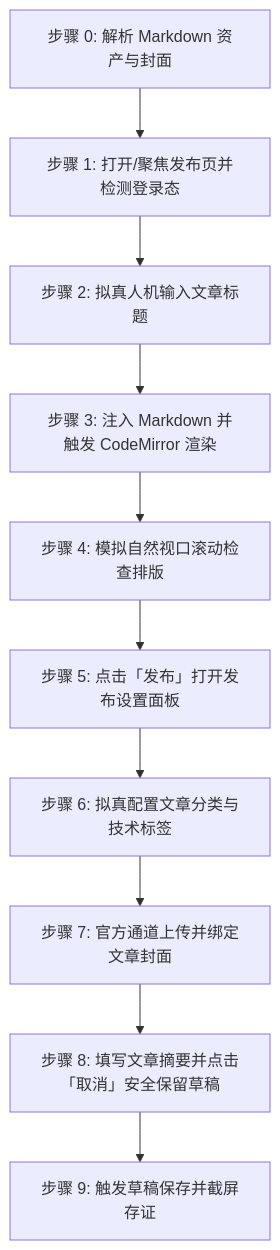
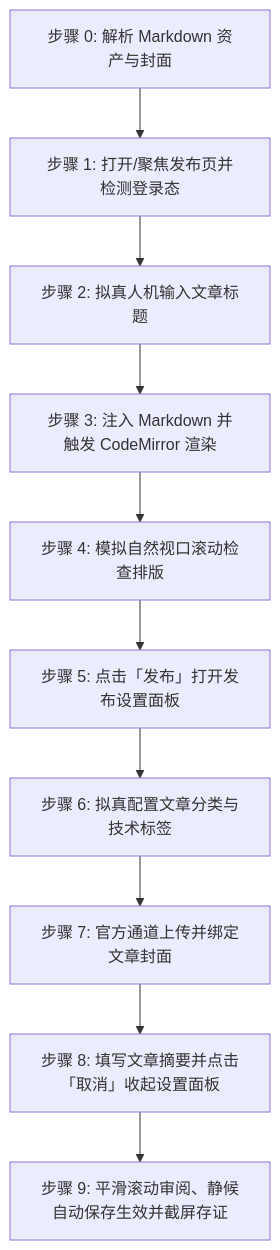
Before and after one commit to undsky/doudou-publish-skills: the diagram in skills/doudou-juejin/SKILL.md, drawn with Mermaid. The commit also changed other lines of this file and 24 other files, not shown here.

````diff
--- a/skills/doudou-juejin/SKILL.md
+++ b/skills/doudou-juejin/SKILL.md
@@ -42,12 +43,12 @@
 ```mermaid
 flowchart TD
     S0[步骤 0: 解析 Markdown 资产与封面] --> S1[步骤 1: 打开/聚焦发布页并检测登录态]
     S1 --> S2[步骤 2: 拟真人机输入文章标题]
     S2 --> S3[步骤 3: 注入 Markdown 并触发 CodeMirror 渲染]
     S3 --> S4[步骤 4: 模拟自然视口滚动检查排版]
     S4 --> S5[步骤 5: 点击「发布」打开发布设置面板]
     S5 --> S6[步骤 6: 拟真配置文章分类与技术标签]
     S6 --> S7[步骤 7: 官方通道上传并绑定文章封面]
-    S7 --> S8[步骤 8: 填写文章摘要并点击「取消」安全保留草稿]
-    S8 --> S9[步骤 9: 触发草稿保存并截屏存证]
+    S7 --> S8[步骤 8: 填写文章摘要并点击「取消」收起设置面板]
+    S8 --> S9[步骤 9: 平滑滚动审阅、静候自动保存生效并截屏存证]
 ```
````
